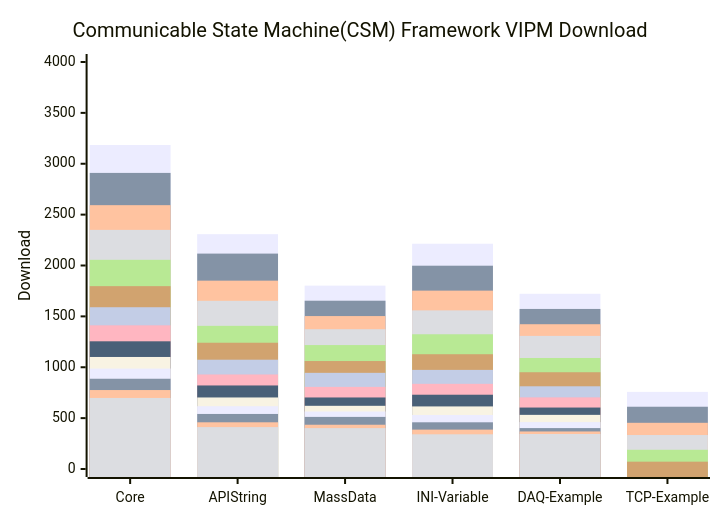
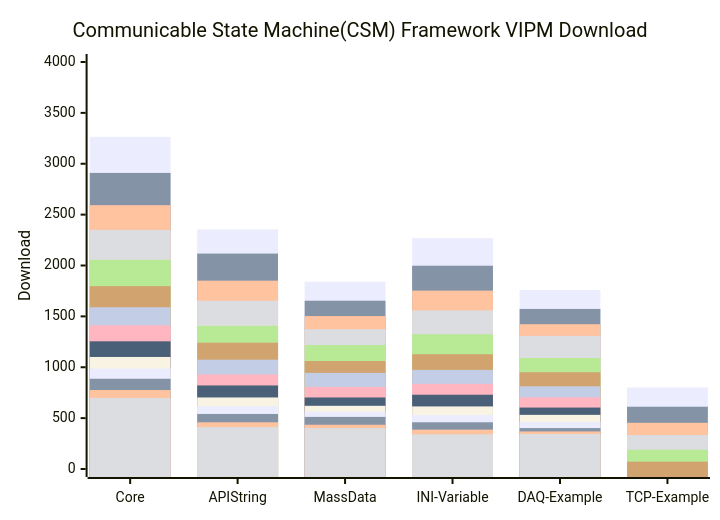
The diagram in profile/README.md (NEVSTOP-LAB/.github), drawn with Mermaid before and after one commit.

````diff
--- a/profile/README.md
+++ b/profile/README.md
@@ -31,20 +31,20 @@
 ```mermaid
     xychart-beta
     title "Communicable State Machine(CSM) Framework VIPM Download"
     x-axis [Core, API String, MassData, INI-Variable, DAQ-Example, TCP-Example]
     y-axis "Download" 0 --> 4000
-    bar   [3184, 2308, 1802, 2214, 1722, 758]
+    bar   [3264, 2355, 1840, 2269, 1759, 801]
     bar   [2910, 2117, 1654, 1998, 1573, 612]
     bar   [2593, 1851, 1503, 1753, 1423, 454]
     bar   [2350, 1653, 1374, 1559, 1308, 334]
     bar   [2056, 1407, 1218, 1324, 1091, 189]
     bar   [1797, 1241, 1061, 1128, 951, 72]
     bar   [1590, 1074, 945, 974, 813]
     bar   [1412, 929, 807, 837, 704]
     bar   [1255, 821, 703, 730, 604]
     bar   [1101, 703, 621, 615, 532]
     bar   [987, 617, 565, 531, 461]
     bar   [887, 541, 512, 459, 402]
     bar   [776, 459, 435, 387, 369]
     bar   [698, 412, 402, 341, 344]
 ```
````
